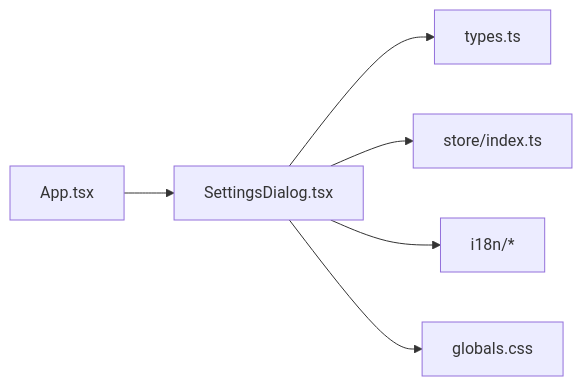
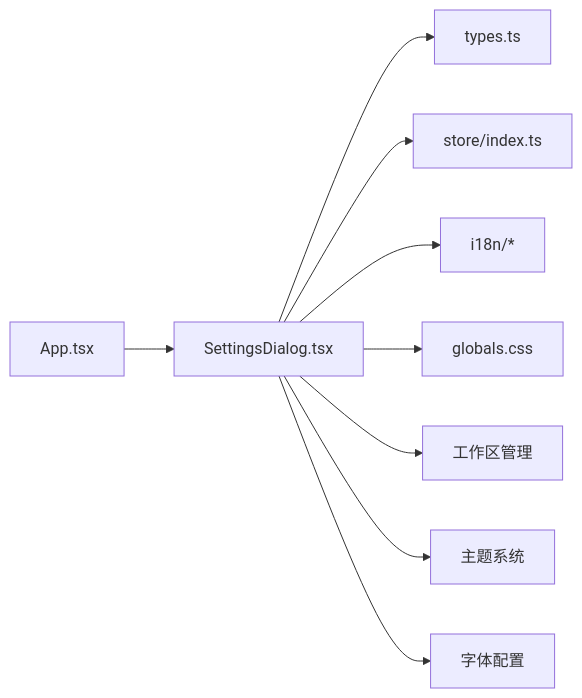
One commit to gongshiyun/ZenNote changed the fourth of 4 diagrams in .qoder/repowiki/zh/content/对话框系统.md. Above: the diagram before and after it, drawn with Mermaid. The commit also changed other lines of this file and 40 other files, not shown here.

````diff
--- a/.qoder/repowiki/zh/content/对话框系统.md
+++ b/.qoder/repowiki/zh/content/对话框系统.md
@@ -234,8 +309,11 @@
 ```mermaid
 graph LR
 App["App.tsx"] --> SD["SettingsDialog.tsx"]
 SD --> Types["types.ts"]
 SD --> Store["store/index.ts"]
 SD --> I18N["i18n/*"]
 SD --> Styles["globals.css"]
+SD --> Workspace["工作区管理"]
+SD --> Theme["主题系统"]
+SD --> Font["字体配置"]
 ```
````
